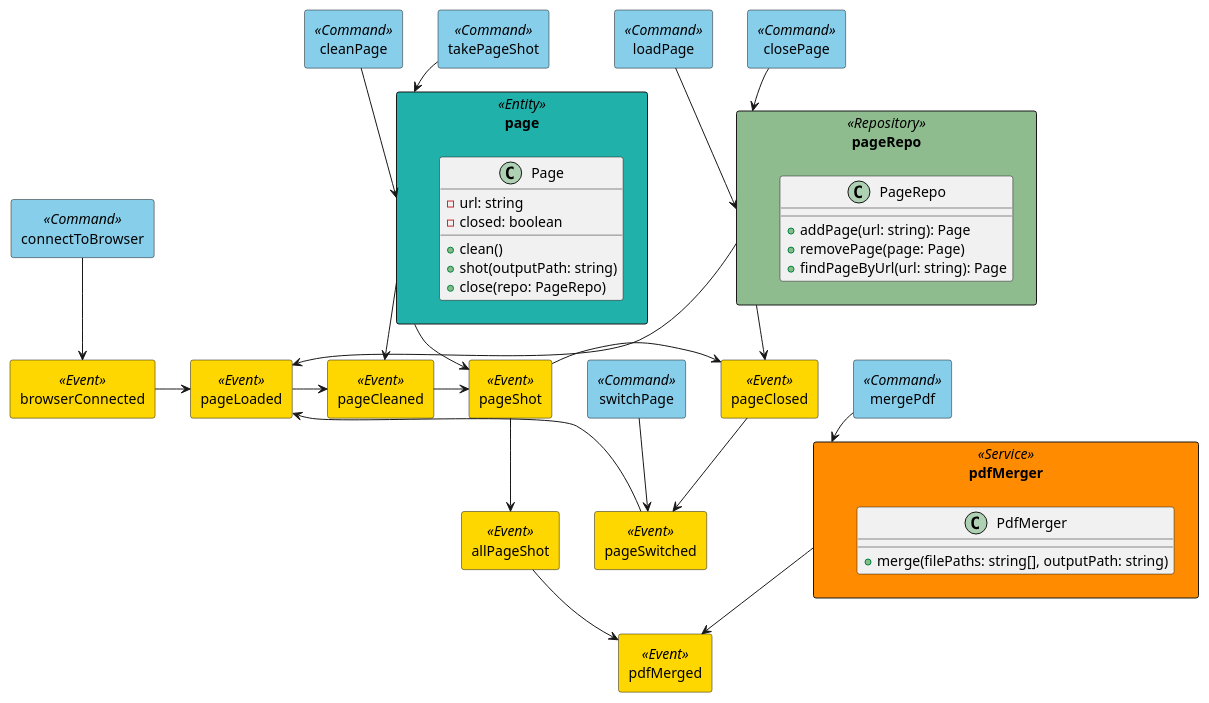
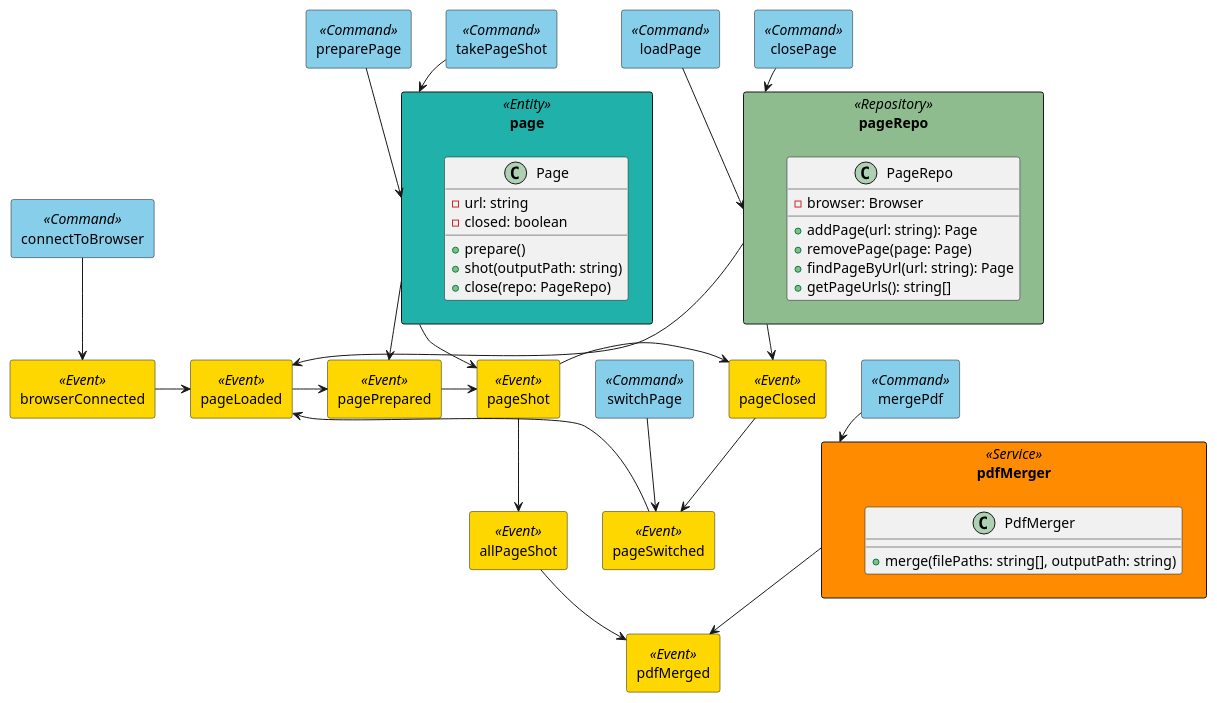
The diagram in design/overview.puml (niuiic/web-snap), drawn with PlantUML before and after one commit.

Commit message:
refactor: clean -> prepare

```diff
--- a/design/overview.puml
+++ b/design/overview.puml
@@ -1,93 +1,95 @@
 @startuml
 allowmixing
 skinparam rectangle {
     BackgroundColor<<Event>> #FFD700
     BackgroundColor<<Command>> #87CEEB
     BackgroundColor<<Role>> #9370DB
     BackgroundColor<<BusinessRule>> #FF6347
     BackgroundColor<<Entity>> #20B2AA
     BackgroundColor<<ValueObject>> #F0E68C
     BackgroundColor<<Aggregate>> #98FB98
     BackgroundColor<<AggregateRoot>> #32CD32
     BackgroundColor<<BoundedContext>> #DDA0DD
     BackgroundColor<<Policy>> #FFB6C1
     BackgroundColor<<ReadModel>> #D2B48C
     BackgroundColor<<Repository>> #8FBC8F
     BackgroundColor<<Service>> #FF8C00
 }
 
 /' % connect to browser % '/
 rectangle browserConnected <<Event>>
 rectangle connectToBrowser <<Command>>
 connectToBrowser --> browserConnected
 
 /' % page % '/
 rectangle page <<Entity>> {
     class Page {
         -url: string
         -closed: boolean
-        +clean()
+        +prepare()
         +shot(outputPath: string)
         +close(repo: PageRepo)
     }
 }
 
 /' % page repo % '/
 rectangle pageRepo <<Repository>> {
     class PageRepo {
+        -browser: Browser
         +addPage(url: string): Page
         +removePage(page: Page)
         +findPageByUrl(url: string): Page
+        +getPageUrls(): string[]
     }
 }
 
 /' % load page % '/
 rectangle pageLoaded <<Event>>
 browserConnected -right-> pageLoaded
 rectangle loadPage <<Command>>
 loadPage --> pageRepo
 pageRepo --> pageLoaded
 
-/' % clean page % '/
-rectangle pageCleaned <<Event>>
-pageLoaded -right-> pageCleaned
-rectangle cleanPage <<Command>>
-cleanPage --> page
-page --> pageCleaned
+/' % prepare page % '/
+rectangle pagePrepared <<Event>>
+pageLoaded -right-> pagePrepared
+rectangle preparePage <<Command>>
+preparePage --> page
+page --> pagePrepared
 
 /' % shot page % '/
 rectangle pageShot <<Event>>
-pageCleaned -right-> pageShot
+pagePrepared -right-> pageShot
 rectangle takePageShot <<Command>>
 takePageShot --> page
 page --> pageShot
 
 /' % close page % '/
 rectangle pageClosed <<Event>>
 pageShot -right-> pageClosed
 rectangle closePage <<Command>>
 closePage --> pageRepo
 pageRepo --> pageClosed
 
 /' % switch to another page % '/
 rectangle pageSwitched <<Event>>
 pageClosed -right-> pageSwitched
 rectangle switchPage <<Command>>
 switchPage --> pageSwitched
 
 rectangle allPageShot <<Event>>
 pageSwitched --> pageLoaded
 pageShot --> allPageShot
 
 /' % merge pdf % '/
 rectangle pdfMerged <<Event>>
 allPageShot --> pdfMerged
 rectangle mergePdf <<Command>>
 rectangle pdfMerger <<Service>> {
     class PdfMerger {
         +merge(filePaths: string[], outputPath: string)
     }
 }
 mergePdf --> pdfMerger
 pdfMerger --> pdfMerged
 @enduml
```
